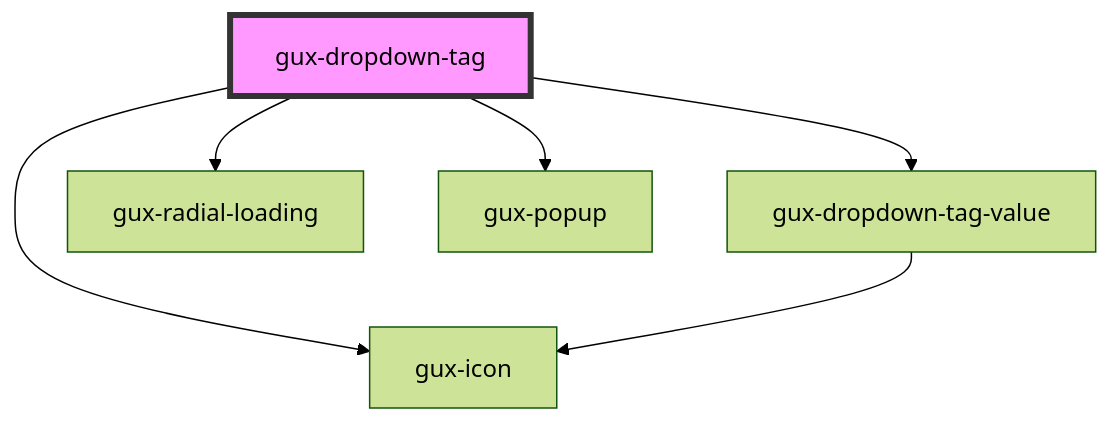
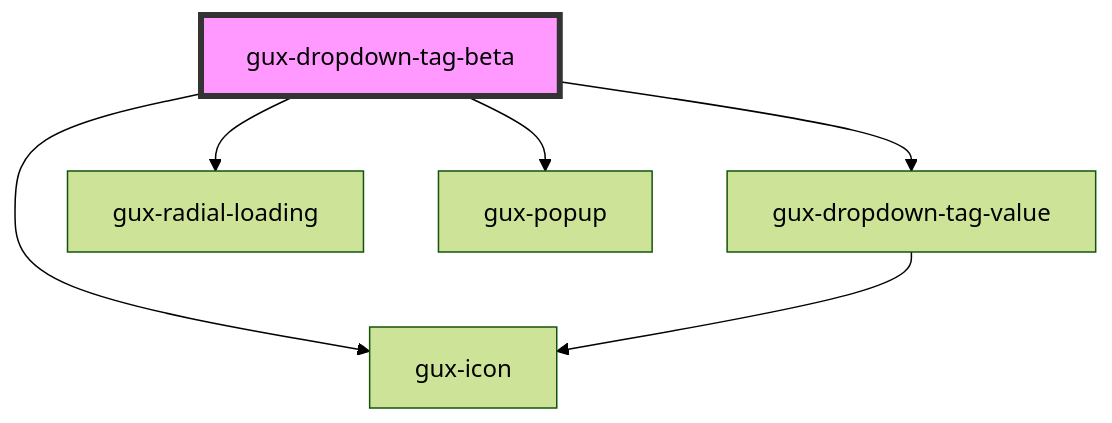
The diagram in src/components/beta/gux-dropdown-tag/readme.md (sonaliGenesys/genesys-webcomponents), drawn with Mermaid (forest theme) before and after one commit. The commit also changed other lines of this file and 9 other files, not shown here.

````diff
--- a/src/components/beta/gux-dropdown-tag/readme.md
+++ b/src/components/beta/gux-dropdown-tag/readme.md
@@ -53,9 +60,9 @@
 ```mermaid
 graph TD;
-  gux-dropdown-tag --> gux-dropdown-tag-value
-  gux-dropdown-tag --> gux-icon
-  gux-dropdown-tag --> gux-radial-loading
-  gux-dropdown-tag --> gux-popup
+  gux-dropdown-tag-beta --> gux-dropdown-tag-value
+  gux-dropdown-tag-beta --> gux-icon
+  gux-dropdown-tag-beta --> gux-radial-loading
+  gux-dropdown-tag-beta --> gux-popup
   gux-dropdown-tag-value --> gux-icon
-  style gux-dropdown-tag fill:#f9f,stroke:#333,stroke-width:4px
+  style gux-dropdown-tag-beta fill:#f9f,stroke:#333,stroke-width:4px
 ```
````
